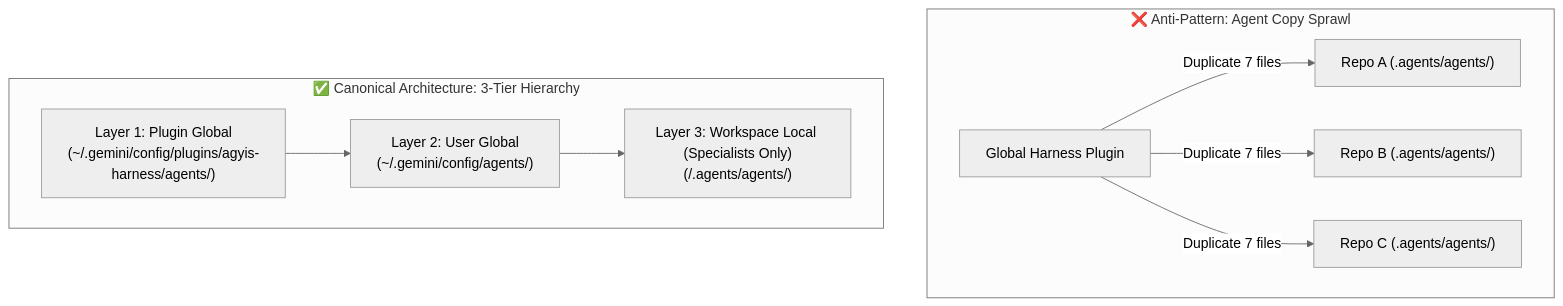
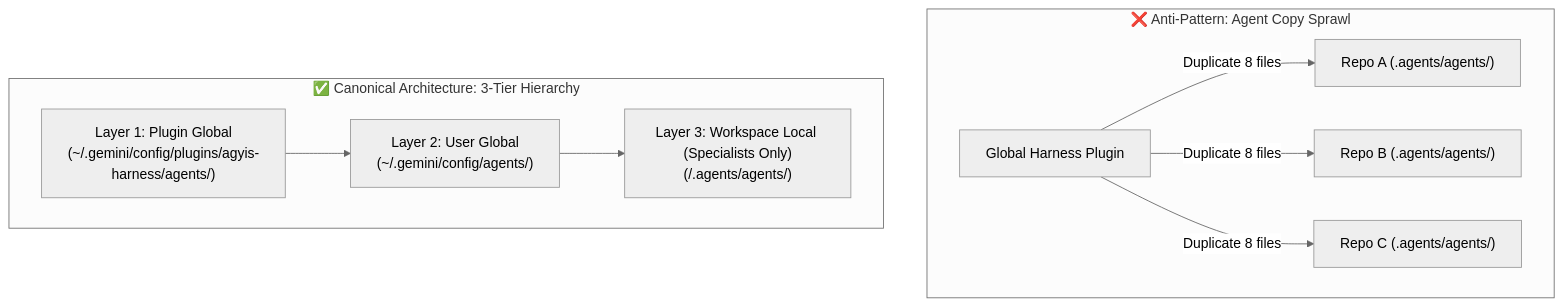
One commit to kuasha420/agyis-harness changed the diagram in docs/runbooks/workspace-agent-boundaries.md. Above: the diagram before and after it, drawn with Mermaid (neutral theme). The commit also changed other lines of this file and 30 other files, not shown here.

````diff
--- a/docs/runbooks/workspace-agent-boundaries.md
+++ b/docs/runbooks/workspace-agent-boundaries.md
@@ -29,13 +29,13 @@
 ```mermaid
 graph TD
     subgraph AntiPattern["❌ Anti-Pattern: Agent Copy Sprawl"]
-        PluginGlobal["Global Harness Plugin"] -->|Duplicate 7 files| RepoA["Repo A (.agents/agents/)"]
-        PluginGlobal -->|Duplicate 7 files| RepoB["Repo B (.agents/agents/)"]
-        PluginGlobal -->|Duplicate 7 files| RepoC["Repo C (.agents/agents/)"]
+        PluginGlobal["Global Harness Plugin"] -->|Duplicate 8 files| RepoA["Repo A (.agents/agents/)"]
+        PluginGlobal -->|Duplicate 8 files| RepoB["Repo B (.agents/agents/)"]
+        PluginGlobal -->|Duplicate 8 files| RepoC["Repo C (.agents/agents/)"]
     end
 
     subgraph CleanArchitecture["✅ Canonical Architecture: 3-Tier Hierarchy"]
         Layer1["Layer 1: Plugin Global\n(~/.gemini/config/plugins/agyis-harness/agents/)"] --> Layer2["Layer 2: User Global\n(~/.gemini/config/agents/)"]
         Layer2 --> Layer3["Layer 3: Workspace Local (Specialists Only)\n(<workspace>/.agents/agents/)"]
     end
 ```
````
